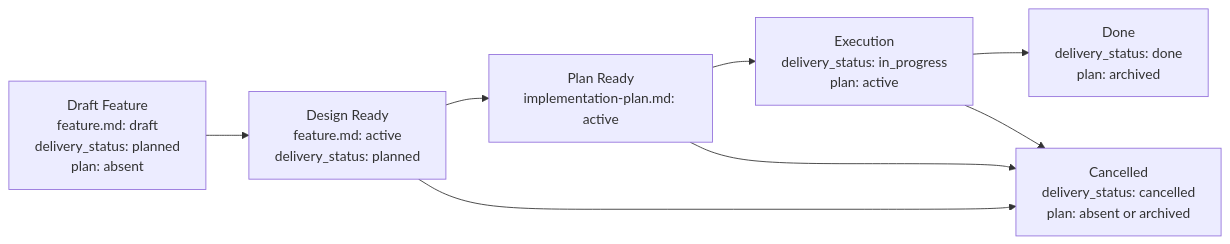
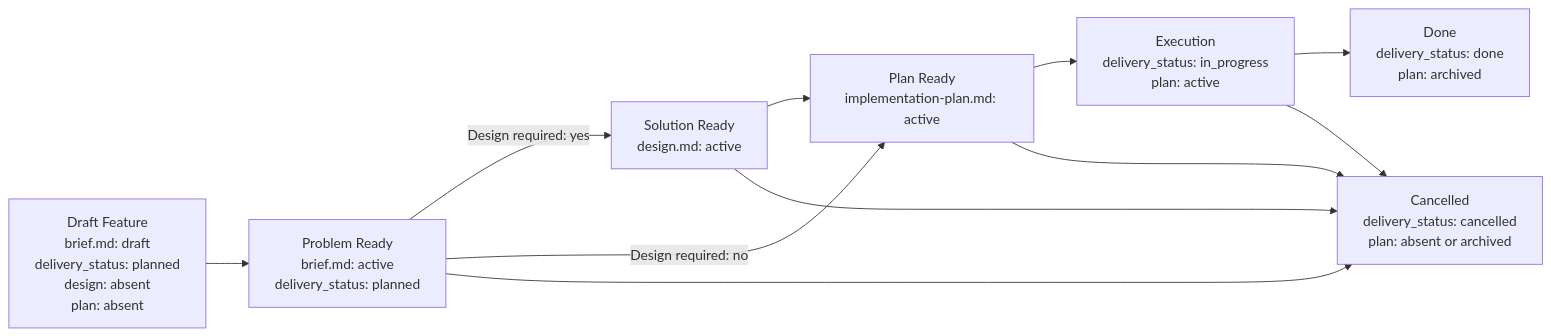
One commit to dapi/memory-bank changed the diagram in memory-bank/flows/feature-flow.md. Above: the diagram before and after it, drawn with Mermaid. The commit also changed other lines of this file and 85 other files, not shown here.

First line of the commit message:
[codex] split feature problem, solution, and execution docs (#5)

````diff
--- a/memory-bank/flows/feature-flow.md
+++ b/memory-bank/flows/feature-flow.md
@@ -56,10 +132,13 @@
 ```mermaid
 flowchart LR
-    DF["Draft Feature<br/>feature.md: draft<br/>delivery_status: planned<br/>plan: absent"] --> DR["Design Ready<br/>feature.md: active<br/>delivery_status: planned"]
-    DR --> PR["Plan Ready<br/>implementation-plan.md: active"]
-    PR --> EX["Execution<br/>delivery_status: in_progress<br/>plan: active"]
-    DR --> CL["Cancelled<br/>delivery_status: cancelled<br/>plan: absent or archived"]
-    PR --> CL
+    DF["Draft Feature<br/>brief.md: draft<br/>delivery_status: planned<br/>design: absent<br/>plan: absent"] --> PR["Problem Ready<br/>brief.md: active<br/>delivery_status: planned"]
+    PR -->|"Design required: yes"| SR["Solution Ready<br/>design.md: active"]
+    PR -->|"Design required: no"| PL["Plan Ready<br/>implementation-plan.md: active"]
+    SR --> PL["Plan Ready<br/>implementation-plan.md: active"]
+    PL --> EX["Execution<br/>delivery_status: in_progress<br/>plan: active"]
+    PR --> CL["Cancelled<br/>delivery_status: cancelled<br/>plan: absent or archived"]
+    SR --> CL
+    PL --> CL
     EX --> DN["Done<br/>delivery_status: done<br/>plan: archived"]
     EX --> CL
 ```
````
